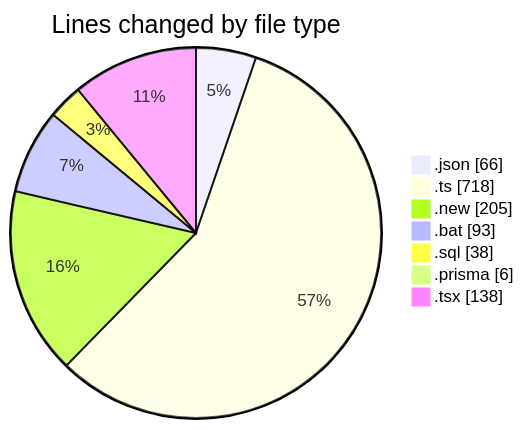
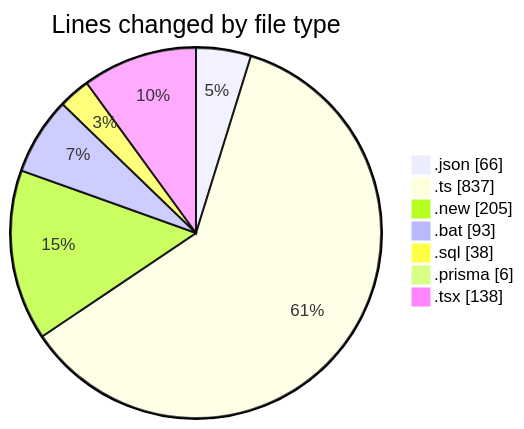
Before and after one commit to CELIANVF/code-tracking: the first of 2 diagrams in 2025-05-20/ecodeli-1/README.md, drawn with Mermaid. The commit also changed other lines of this file and 1 other file, not shown here.

````diff
--- a/2025-05-20/ecodeli-1/README.md
+++ b/2025-05-20/ecodeli-1/README.md
@@ -34,11 +34,11 @@
 ```mermaid
 pie showData
 title Lines changed by file type
 ".json" : 66
-".ts" : 718
+".ts" : 837
 ".new" : 205
 ".bat" : 93
 ".sql" : 38
 ".prisma" : 6
 ".tsx" : 138
 ```
````
